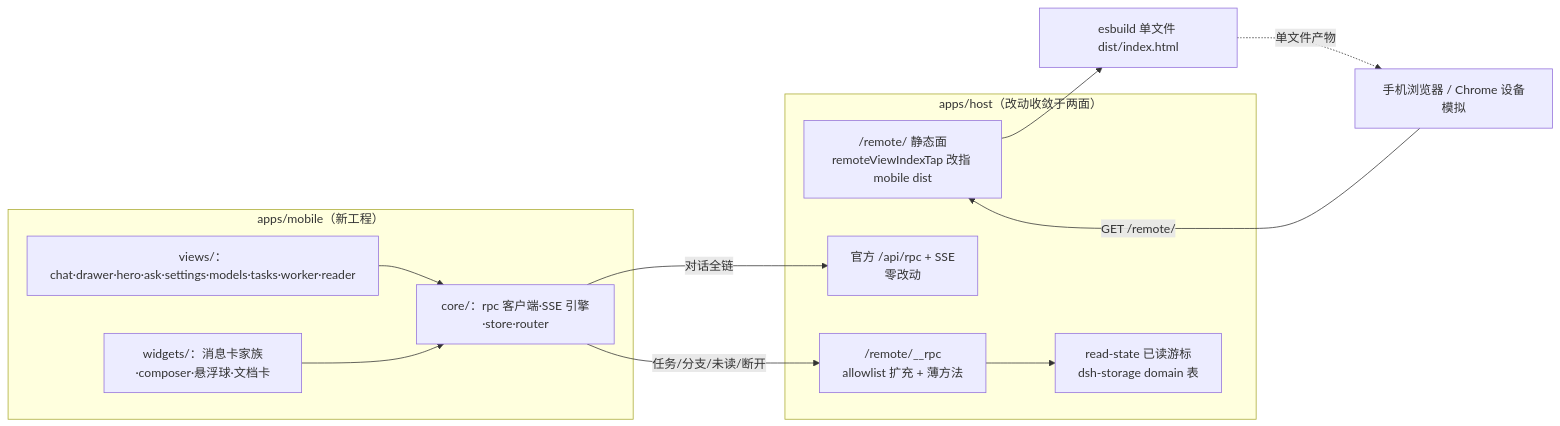
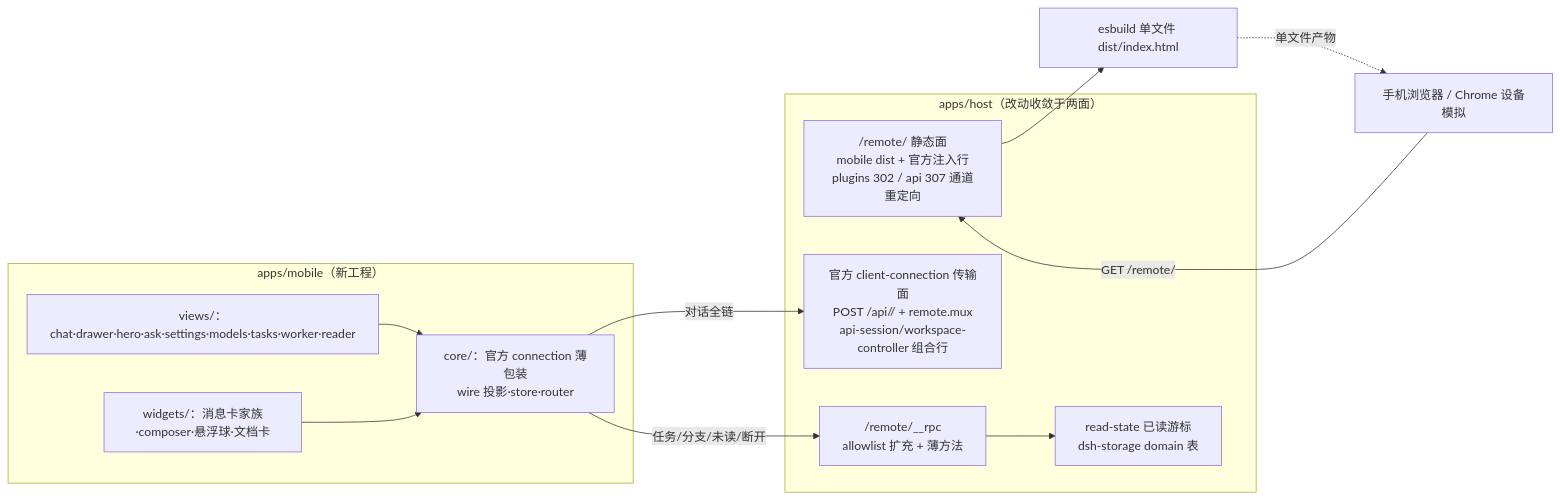
Before and after one commit to bigfaner/dsh-forge: the first of 10 diagrams in .forge/docs/features/mobile-ui/design/tech-design.md, drawn with Mermaid. The commit also changed other lines of this file and 6 other files, not shown here.

````diff
--- a/.forge/docs/features/mobile-ui/design/tech-design.md
+++ b/.forge/docs/features/mobile-ui/design/tech-design.md
@@ -17,24 +17,24 @@
 ```mermaid
 flowchart LR
     subgraph host [apps/host（改动收敛于两面）]
-        STATIC["/remote/ 静态面<br/>remoteViewIndexTap 改指 mobile dist"]
+        STATIC["/remote/ 静态面<br/>mobile dist + 官方注入行<br/>plugins 302 / api 307 通道重定向"]
         RPC["/remote/__rpc<br/>allowlist 扩充 + 薄方法"]
-        OFFICIAL["官方 /api/rpc + SSE<br/>零改动"]
+        OFFICIAL["官方 client-connection 传输面<br/>POST /api/<svc>/<mth> + remote.mux<br/>api-session/workspace-controller 组合行"]
         READSTATE["read-state 已读游标<br/>dsh-storage domain 表"]
         RPC --> READSTATE
     end
     subgraph mobile [apps/mobile（新工程）]
-        CORE["core/：rpc 客户端·SSE 引擎·store·router"]
+        CORE["core/：官方 connection 薄包装<br/>wire 投影·store·router"]
         VIEWS["views/：chat·drawer·hero·ask·settings·models·tasks·worker·reader"]
         WIDGETS["widgets/：消息卡家族·composer·悬浮球·文档卡"]
     end
     MOBILE_DIST["esbuild 单文件 dist/index.html"]
     PHONE["手机浏览器 / Chrome 设备模拟"]
     PHONE -->|GET /remote/| STATIC
     STATIC --> MOBILE_DIST
     MOBILE_DIST -.->|单文件产物| PHONE
     CORE -->|对话全链| OFFICIAL
     CORE -->|任务/分支/未读/断开| RPC
     VIEWS --> CORE
     WIDGETS --> CORE
 ```
````
